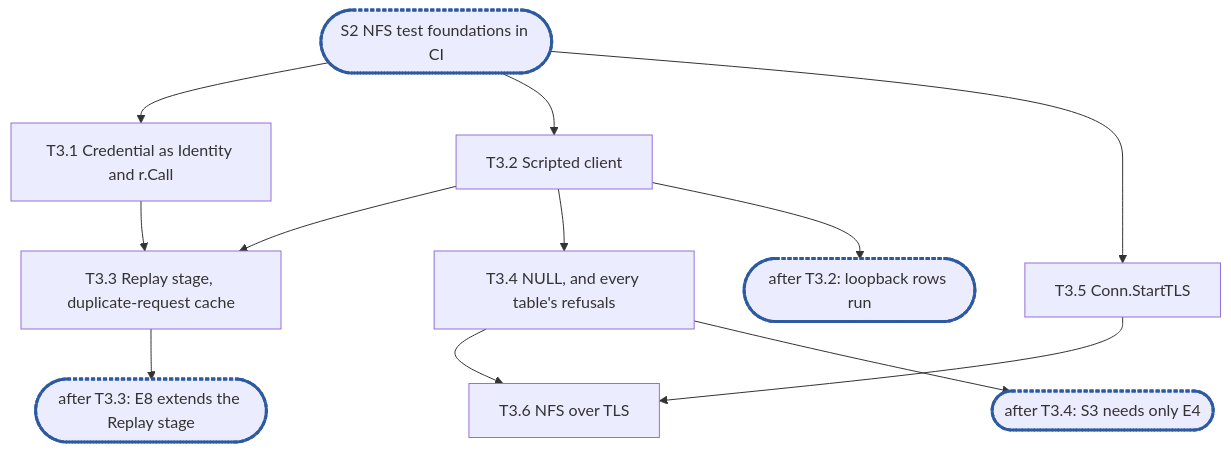
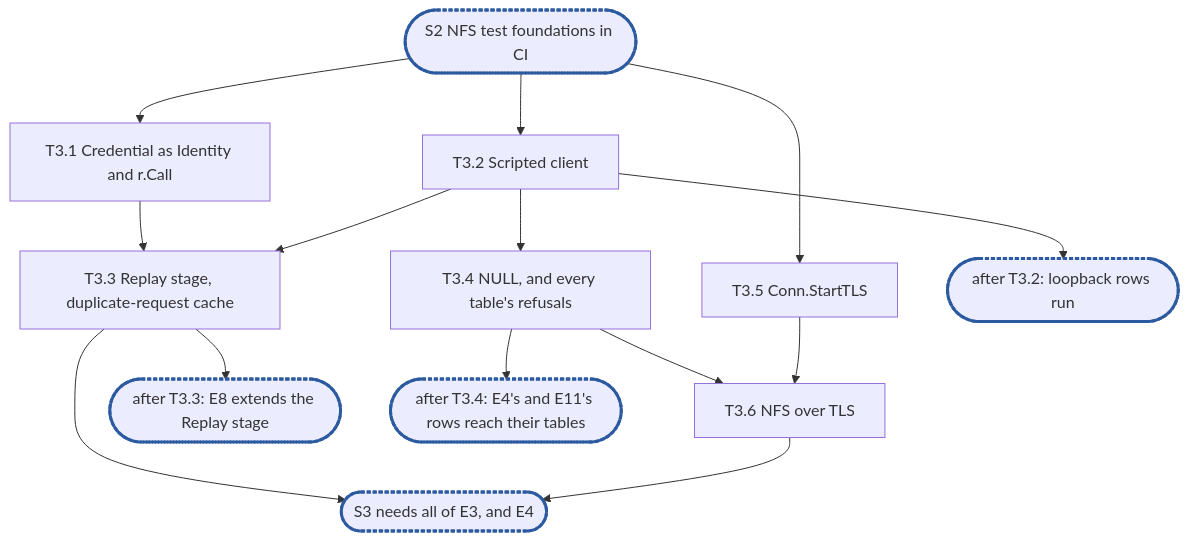
Before and after one commit to cubbit/dittofs: the diagram in .planning/rfc-21-nfs-epic3.md, drawn with Mermaid. The commit also changed other lines of this file, not shown here.

````diff
--- a/.planning/rfc-21-nfs-epic3.md
+++ b/.planning/rfc-21-nfs-epic3.md
@@ -655,13 +664,14 @@
 ```mermaid
 flowchart TD
   S2(["S2 NFS test foundations in CI"]):::sync --> T3_1["T3.1 Credential as Identity and r.Call"]
   S2 --> T3_2["T3.2 Scripted client"]
   S2 --> T3_5["T3.5 Conn.StartTLS"]
   T3_1 & T3_2 --> T3_3["T3.3 Replay stage, duplicate-request cache"]
   T3_2 --> T3_4["T3.4 NULL, and every table's refusals"]
   T3_4 & T3_5 --> T3_6["T3.6 NFS over TLS"]
   T3_2 --> C1(["after T3.2: loopback rows run"]):::sync
   T3_3 --> C2(["after T3.3: E8 extends the Replay stage"]):::sync
-  T3_4 --> C3(["after T3.4: S3 needs only E4"]):::sync
+  T3_4 --> C3(["after T3.4: E4's and E11's rows reach their tables"]):::sync
+  T3_3 & T3_6 --> S3(["S3 needs all of E3, and E4"]):::sync
   classDef sync stroke:#2c5aa0,stroke-width:3px,stroke-dasharray:4 2
 ```
````
